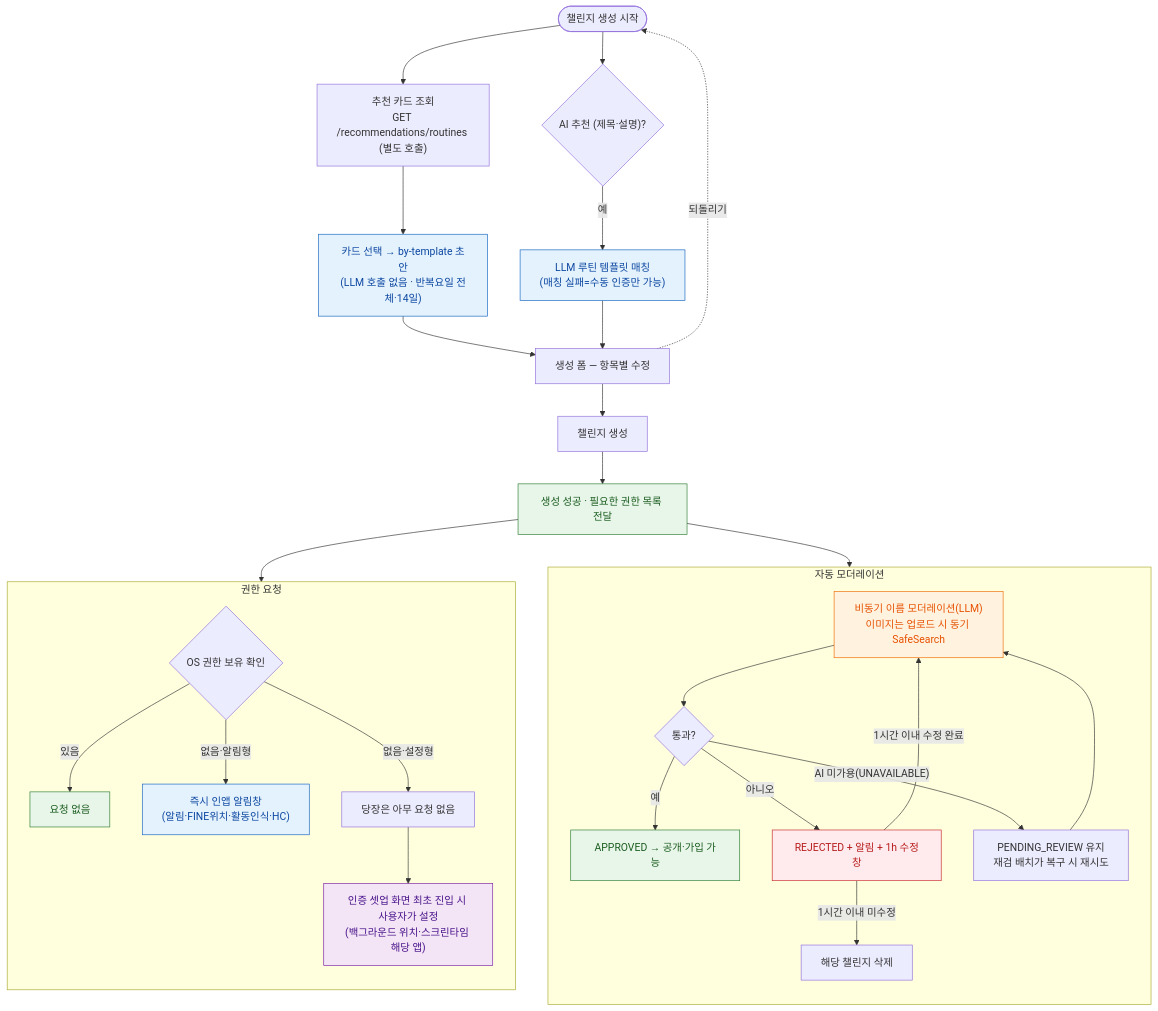
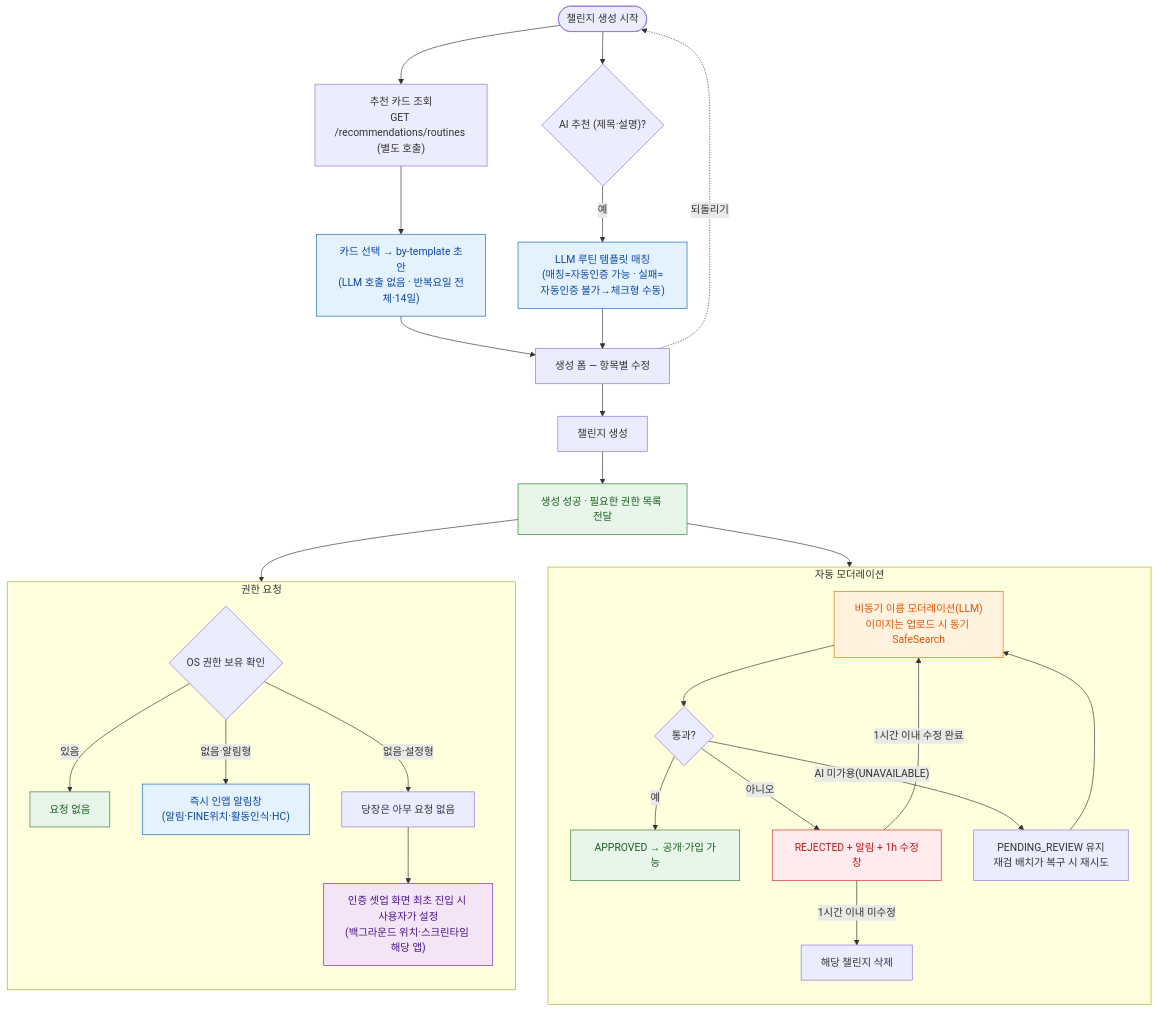
One commit to RuleUp-ASM/Backend changed the first of 4 diagrams in docs/challenge/챌린지 생성 최종 수정 38ead4145fb680d8aac1e7a5e50130d6.md. Above: the diagram before and after it, drawn with Mermaid. The commit also changed other lines of this file and 7 other files, not shown here.

````diff
--- a/docs/challenge/챌린지 생성 최종 수정 38ead4145fb680d8aac1e7a5e50130d6.md
+++ b/docs/challenge/챌린지 생성 최종 수정 38ead4145fb680d8aac1e7a5e50130d6.md
@@ -62,50 +62,50 @@
 ```mermaid
 flowchart TD
     START(["챌린지 생성 시작"]) --> AI{"AI 추천 (제목·설명)?"}
     START --> RECO["추천 카드 조회<br/>GET /recommendations/routines (별도 호출)"]
     RECO --> FILL["카드 선택 → by-template 초안<br/>(LLM 호출 없음 · 반복요일 전체·14일)"]
     FILL --> EDIT["생성 폼 — 항목별 수정"]
-    AI -->|예| REC["LLM 루틴 템플릿 매칭<br/>(매칭 실패=수동 인증만 가능)"]
+    AI -->|예| REC["LLM 루틴 템플릿 매칭<br/>(매칭=자동인증 가능 · 실패=자동인증 불가→체크형 수동)"]
     REC --> EDIT
     EDIT --> CREATE["챌린지 생성"]
     CREATE --> OK["생성 성공 · 필요한 권한 목록 전달"]
 
     OK --> ASYNC
     OK --> C
 
     subgraph MOD ["자동 모더레이션"]
         direction TB
         ASYNC["비동기 이름 모더레이션(LLM)<br/>이미지는 업로드 시 동기 SafeSearch"]
         ASYNC --> GATE{"통과?"}
         GATE -->|예| APP["APPROVED → 공개·가입 가능"]
         GATE -->|아니오| REJ["REJECTED + 알림 + 1h 수정창"]
         GATE -->|"AI 미가용(UNAVAILABLE)"| RETRY["PENDING_REVIEW 유지<br/>재검 배치가 복구 시 재시도"]
         RETRY --> ASYNC
         REJ -->|1시간 이내 수정 완료| ASYNC
         REJ -->|1시간 이내 미수정| DEL["해당 챌린지 삭제"]
     end
 
     subgraph PERM ["권한 요청"]
         direction TB
         C{"OS 권한 보유 확인"}
         C -->|있음| DONE["요청 없음"]
         C -->|"없음·알림형"| POP["즉시 인앱 알림창<br/>(알림·FINE위치·활동인식·HC)"]
         C -->|"없음·설정형"| WAIT["당장은 아무 요청 없음"]
         WAIT --> DEFER["인증 셋업 화면 최초 진입 시 사용자가 설정<br/>(백그라운드 위치·스크린타임 해당 앱)"]
     end
 
     EDIT -.->|되돌리기| START
 
     classDef ai fill:#E3F2FD,stroke:#1565C0,color:#0D47A1;
     classDef ok fill:#E8F5E9,stroke:#2E7D32,color:#1B5E20;
     classDef mod fill:#FFF3E0,stroke:#EF6C00,color:#E65100;
     classDef err fill:#FFEBEE,stroke:#C62828,color:#B71C1C;
     classDef pop fill:#E3F2FD,stroke:#1565C0,color:#0D47A1;
     classDef defer fill:#F3E5F5,stroke:#7B1FA2,color:#4A148C;
     class REC,FILL ai;
     class OK,APP,DONE ok;
     class ASYNC mod;
     class REJ err;
     class POP pop;
     class DEFER defer;
 ```
````
